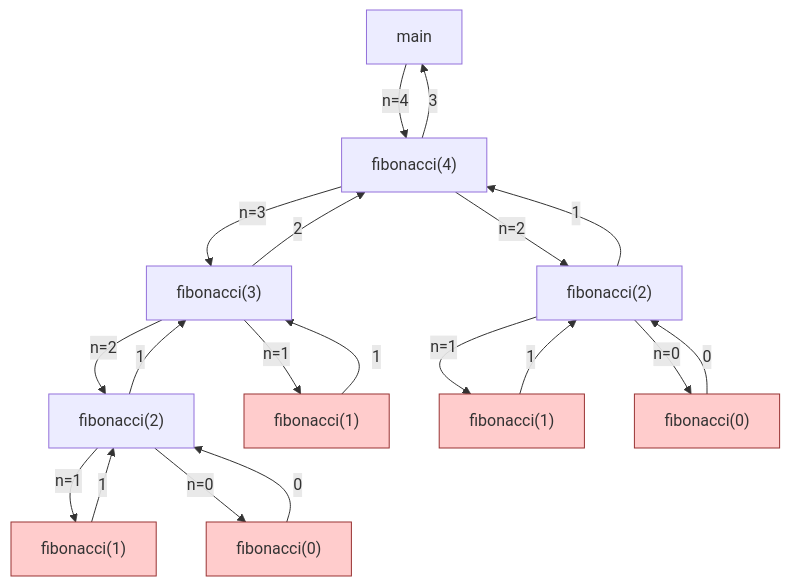
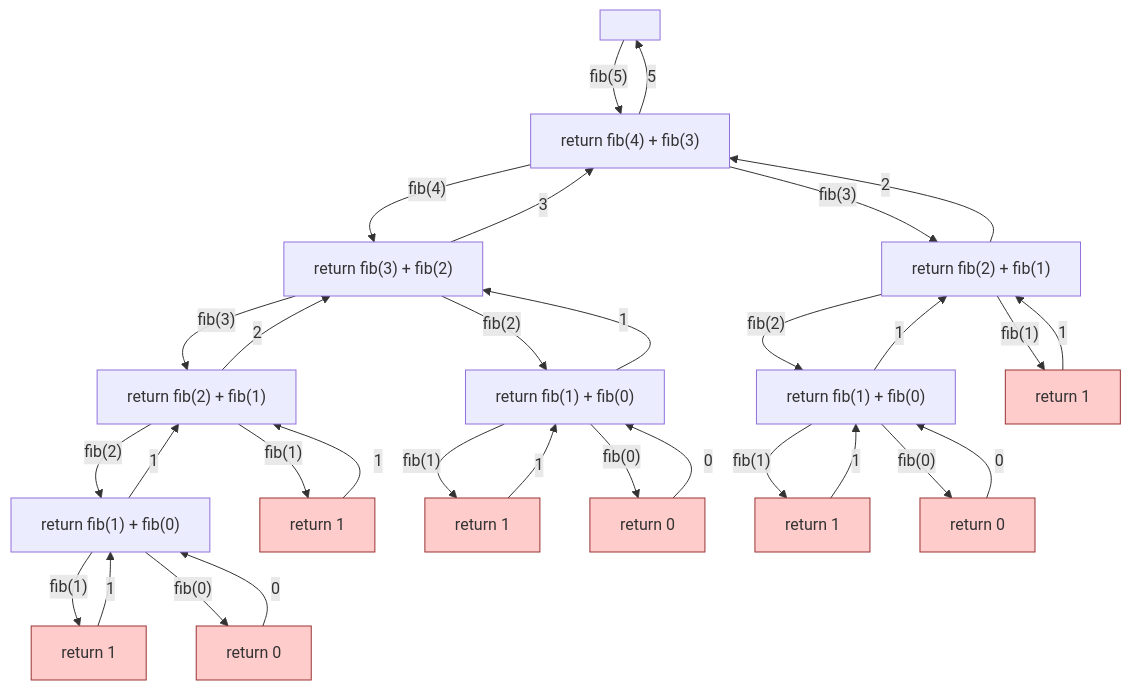
One commit to KULeuven-Diepenbeek/ses-course changed the first of 11 diagrams in content/algoritmes/recursie.md. Above: the diagram before and after it, drawn with Mermaid. The commit also changed other lines of this file and 3 other files, not shown here.

````diff
--- a/content/algoritmes/recursie.md
+++ b/content/algoritmes/recursie.md
@@ -37,35 +73,55 @@
 ```mermaid
 graph TB
-t["main"]
-f4["fibonacci(4)"]
-f3["fibonacci(3)"]
-f2_1["fibonacci(2)"]
-f2_2["fibonacci(2)"]
-f1_1["fibonacci(1)"]
-f1_2["fibonacci(1)"]
-f1_3["fibonacci(1)"]
-f0_1["fibonacci(0)"]
-f0_2["fibonacci(0)"]
-t --> |"n=4"| f4
-f4 -->|"n=3"| f3
-  f3 -->|"n=2"| f2_1
-    f2_1 -->|"n=1"| f1_1
-      f1_1 -->|1| f2_1
-    f2_1 -->|"n=0"| f0_1
-      f0_1 -->|0| f2_1
-    f2_1 -->|1| f3
-  f3 -->|"n=1"| f1_2
-    f1_2 -->|1| f3
-  f3 -->|2| f4
-f4 -->|"n=2"| f2_2
-  f2_2 -->|"n=1"| f1_3
-    f1_3 -->|1| f2_2
-  f2_2 -->|"n=0"| f0_2
-    f0_2 -->|0| f2_2
-  f2_2 -->|1| f4
-f4 -->|3| t
+t[" "]
+f5["return fib(4) + fib(3)"]
+f4["return fib(3) + fib(2)"]
+f3["return fib(2) + fib(1)"]
+f2_1["return fib(1) + fib(0)"]
+f2_2["return fib(1) + fib(0)"]
+f1_1["return 1"]
+f1_2["return 1"]
+f1_3["return 1"]
+f0_1["return 0"]
+f0_2["return 0"]
+
+f3_2["return fib(2) + fib(1)"]
+f2_3["return fib(1) + fib(0)"]
+f1_4["return 1"]
+f1_5["return 1"]
+f0_3["return 0"]
+
+t --> |"fib(5)"| f5
+f5 --> |"fib(4)"| f4
+  f4 -->|"fib(3)"| f3
+    f3 -->|"fib(2)"| f2_1
+      f2_1 -->|"fib(1)"| f1_1
+        f1_1 -->|1| f2_1
+      f2_1 -->|"fib(0)"| f0_1
+        f0_1 -->|0| f2_1
+      f2_1 -->|1| f3
+    f3 -->|"fib(1)"| f1_2
+      f1_2 -->|1| f3
+    f3 -->|2| f4
+  f4 -->|"fib(2)"| f2_2
+    f2_2 -->|"fib(1)"| f1_3
+      f1_3 -->|1| f2_2
+    f2_2 -->|"fib(0)"| f0_2
+      f0_2 -->|0| f2_2
+    f2_2 -->|1| f4
+f5 --> |"fib(3)"| f3_2
+  f3_2 -->|"fib(2)"| f2_3
+      f2_3 -->|"fib(1)"| f1_4
+        f1_4 -->|1| f2_3
+      f2_3 -->|"fib(0)"| f0_3
+        f0_3 -->|0| f2_3
+      f2_3 -->|1| f3_2
+    f3_2 -->|"fib(1)"| f1_5
+      f1_5 -->|1| f3_2
+    f3_2 -->|2| f5
+f4 -->|3| f5
+f5 -->|5| t
 
 classDef base fill:#fcc,stroke:#933
-class f0_1,f0_2 base
-class f1_1,f1_2,f1_3 base
+class f0_1,f0_2,f0_3 base
+class f1_1,f1_2,f1_3,f1_4,f1_5 base
 ```
````
